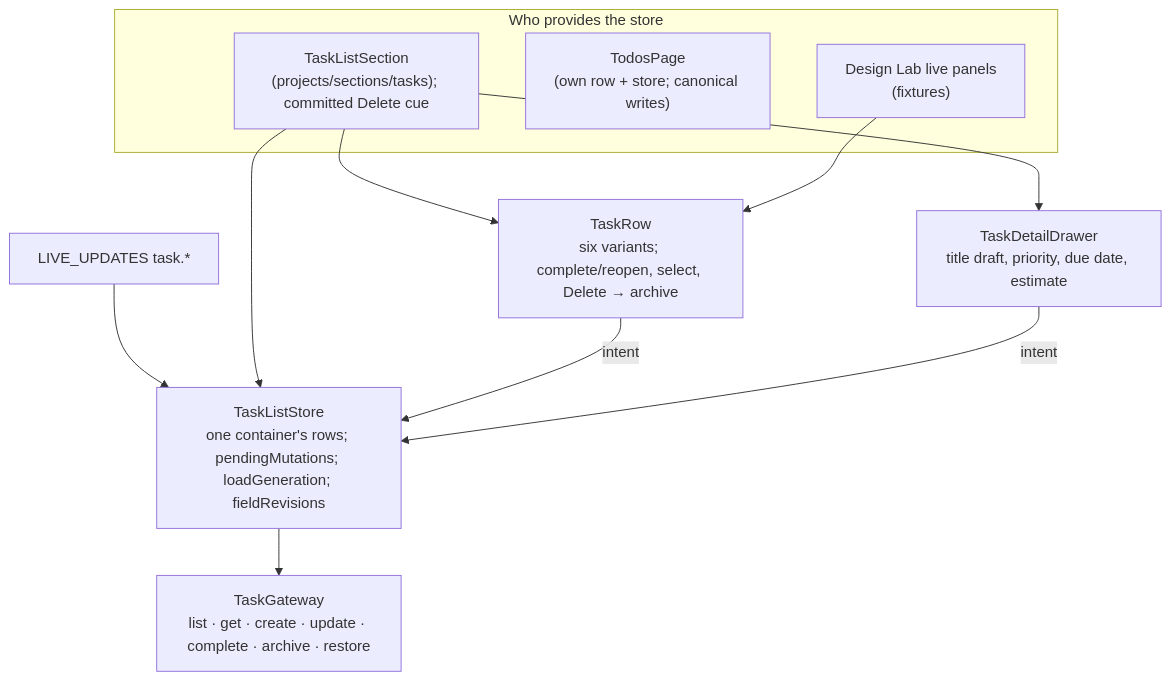
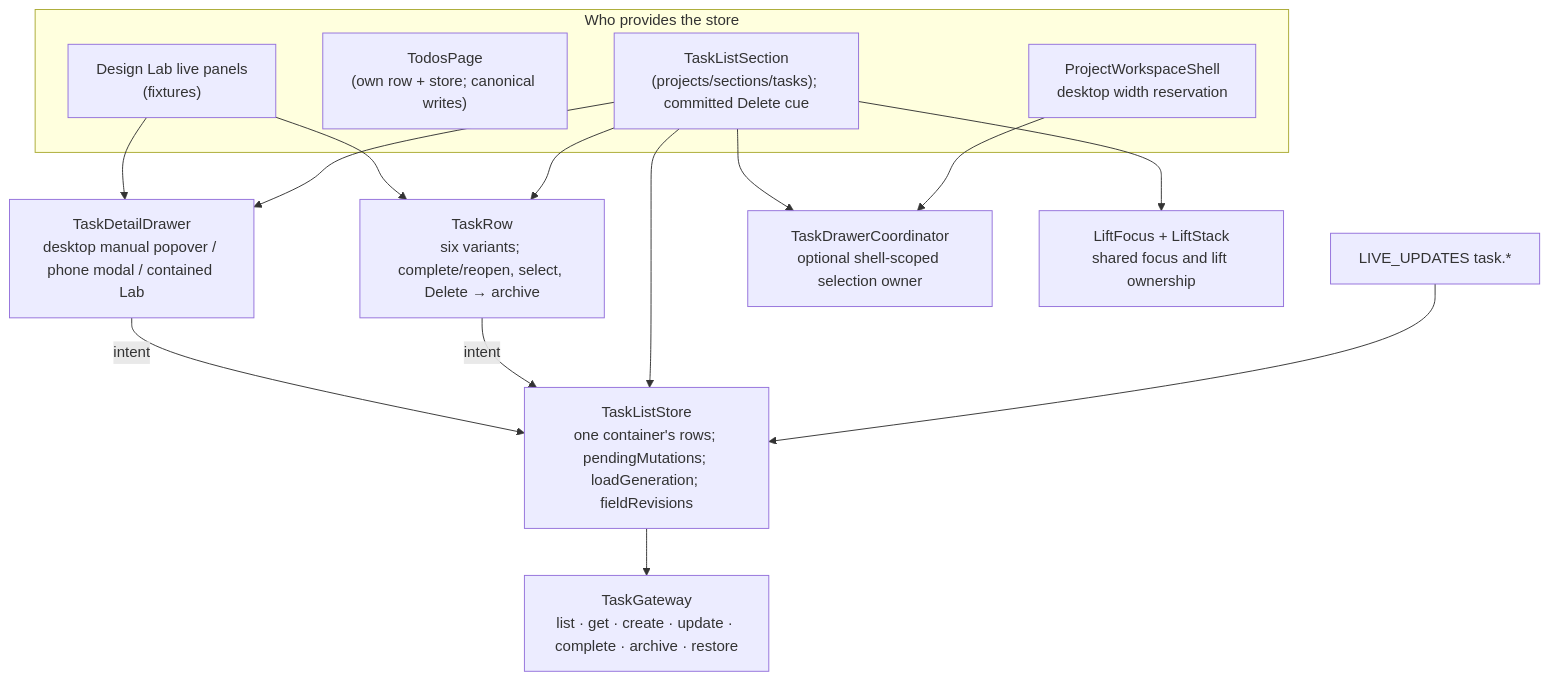
Before and after one commit to CalciteDragon/Canvas-work-manager-prototype: the first of 2 diagrams in docs/architecture/web/tasks/what.md, drawn with Mermaid. The commit also changed other lines of this file and 132 other files, not shown here.

````diff
--- a/docs/architecture/web/tasks/what.md
+++ b/docs/architecture/web/tasks/what.md
@@ -5,20 +5,27 @@
 ```mermaid
 flowchart TB
   live["LIVE_UPDATES task.*"] --> store
   subgraph owners["Who provides the store"]
     tls["TaskListSection<br/>(projects/sections/tasks); committed Delete cue"]
     todos["TodosPage<br/>(own row + store; canonical writes)"]
     lab["Design Lab live panels<br/>(fixtures)"]
+    shell["ProjectWorkspaceShell<br/>desktop width reservation"]
   end
   store["TaskListStore<br/>one container's rows; pendingMutations; loadGeneration; fieldRevisions"]
   row["TaskRow<br/>six variants; complete/reopen, select, Delete → archive"]
-  drawer["TaskDetailDrawer<br/>title draft, priority, due date, estimate"]
+  drawer["TaskDetailDrawer<br/>desktop manual popover / phone modal / contained Lab"]
+  coordinator["TaskDrawerCoordinator<br/>optional shell-scoped selection owner"]
+  lifts["LiftFocus + LiftStack<br/>shared focus and lift ownership"]
   gw["TaskGateway<br/>list · get · create · update · complete · archive · restore"]
   tls --> store
   store --> gw
   tls --> row
   tls --> drawer
+  shell --> coordinator
+  tls --> coordinator
+  tls --> lifts
   lab --> row
+  lab --> drawer
   row -->|intent| store
   drawer -->|intent| store
 ```
````
